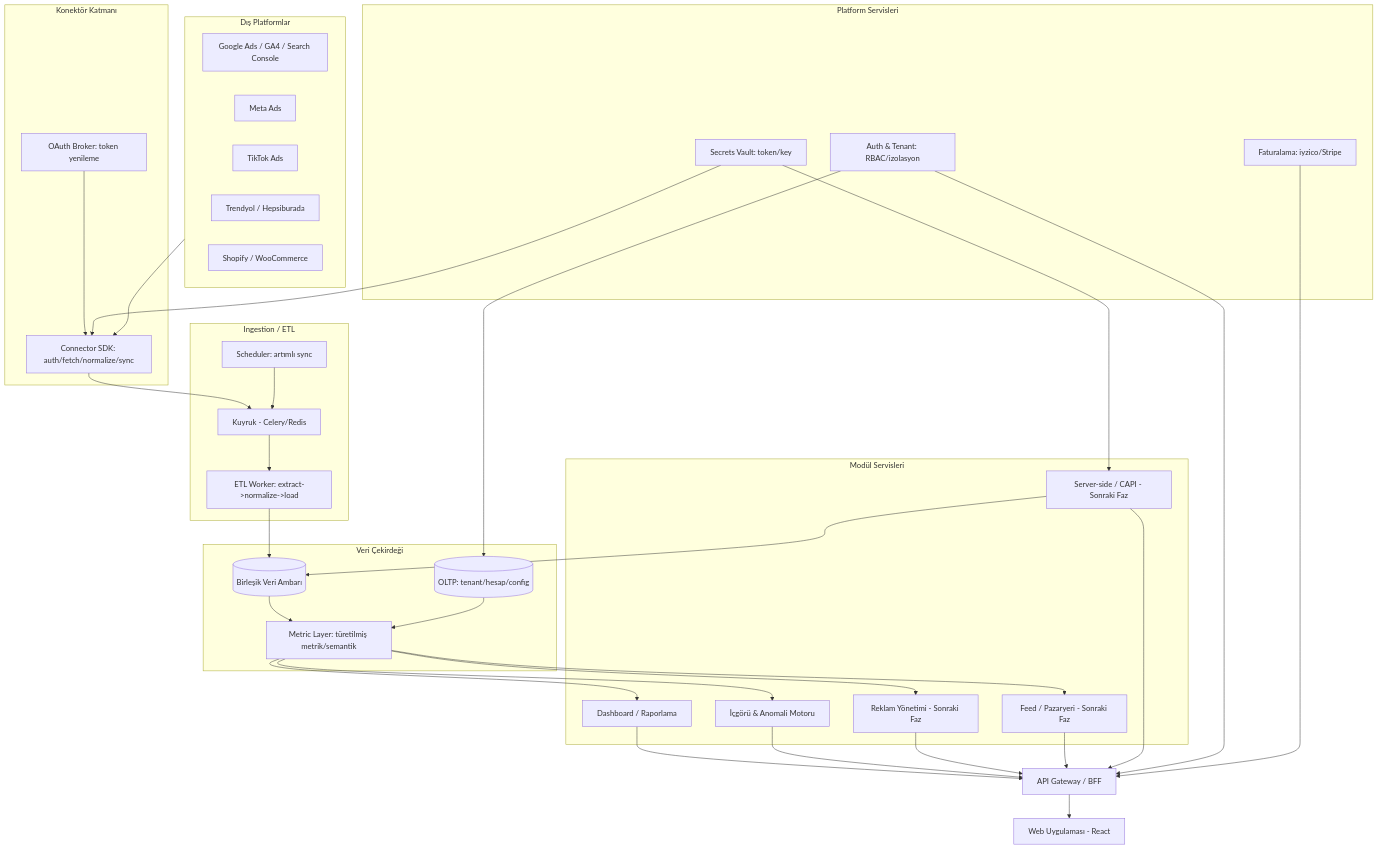
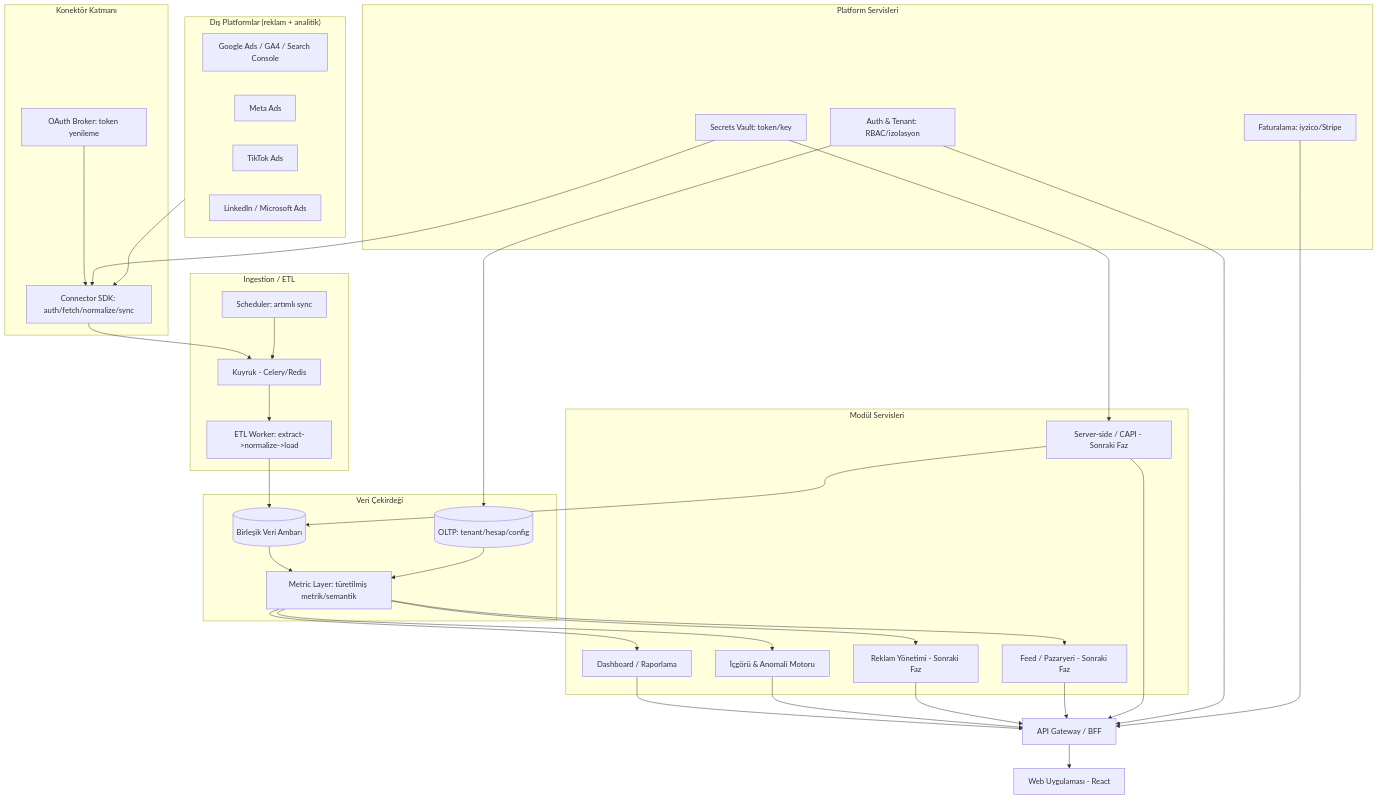
The diagram in docs/04-architecture.md (aieasycep/AYAZ), drawn with Mermaid before and after one commit. The commit also changed other lines of this file and 5 other files, not shown here.

````diff
--- a/docs/04-architecture.md
+++ b/docs/04-architecture.md
@@ -8,53 +8,52 @@
 ```mermaid
 graph TD
-    subgraph EXT["Dış Platformlar"]
+    subgraph EXT["Dış Platformlar (reklam + analitik)"]
         G[Google Ads / GA4 / Search Console]
         M[Meta Ads]
         T[TikTok Ads]
-        TR[Trendyol / Hepsiburada]
-        SH[Shopify / WooCommerce]
+        L[LinkedIn / Microsoft Ads]
     end
     subgraph CONN["Konektör Katmanı"]
         C1[Connector SDK: auth/fetch/normalize/sync]
         OAUTH[OAuth Broker: token yenileme]
     end
     subgraph ING["Ingestion / ETL"]
         Q[Kuyruk - Celery/Redis]
         SCHED[Scheduler: artımlı sync]
         WORK[ETL Worker: extract->normalize->load]
     end
     subgraph DATA["Veri Çekirdeği"]
         DWH[(Birleşik Veri Ambarı)]
         ML[Metric Layer: türetilmiş metrik/semantik]
         OLTP[(OLTP: tenant/hesap/config)]
     end
     subgraph MOD["Modül Servisleri"]
         DASH[Dashboard / Raporlama]
         INS[İçgörü & Anomali Motoru]
         AD[Reklam Yönetimi - Sonraki Faz]
         FEED[Feed / Pazaryeri - Sonraki Faz]
         CAPI[Server-side / CAPI - Sonraki Faz]
     end
     subgraph PLAT["Platform Servisleri"]
         AUTH[Auth & Tenant: RBAC/izolasyon]
         VAULT[Secrets Vault: token/key]
         BILL[Faturalama: iyzico/Stripe]
     end
     GW[API Gateway / BFF]
     WEB[Web Uygulaması - React]
     EXT --> C1
     OAUTH --> C1
     C1 --> Q --> WORK
     SCHED --> Q
     WORK --> DWH
     DWH --> ML
     OLTP --> ML
     ML --> DASH & INS & AD & FEED
     CAPI --> DWH
     DASH & INS & AD & FEED & CAPI --> GW
     AUTH --> GW
     VAULT --> C1 & CAPI
     BILL --> GW
     AUTH --> OLTP
     GW --> WEB
 ```
````
